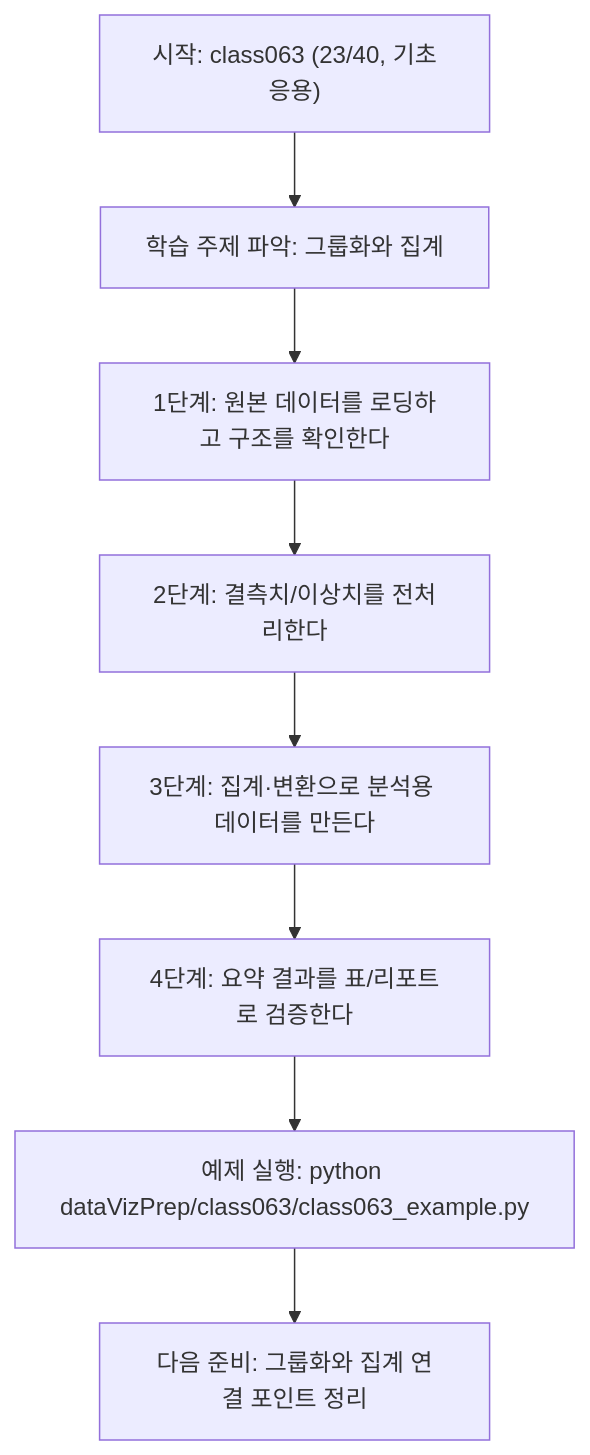
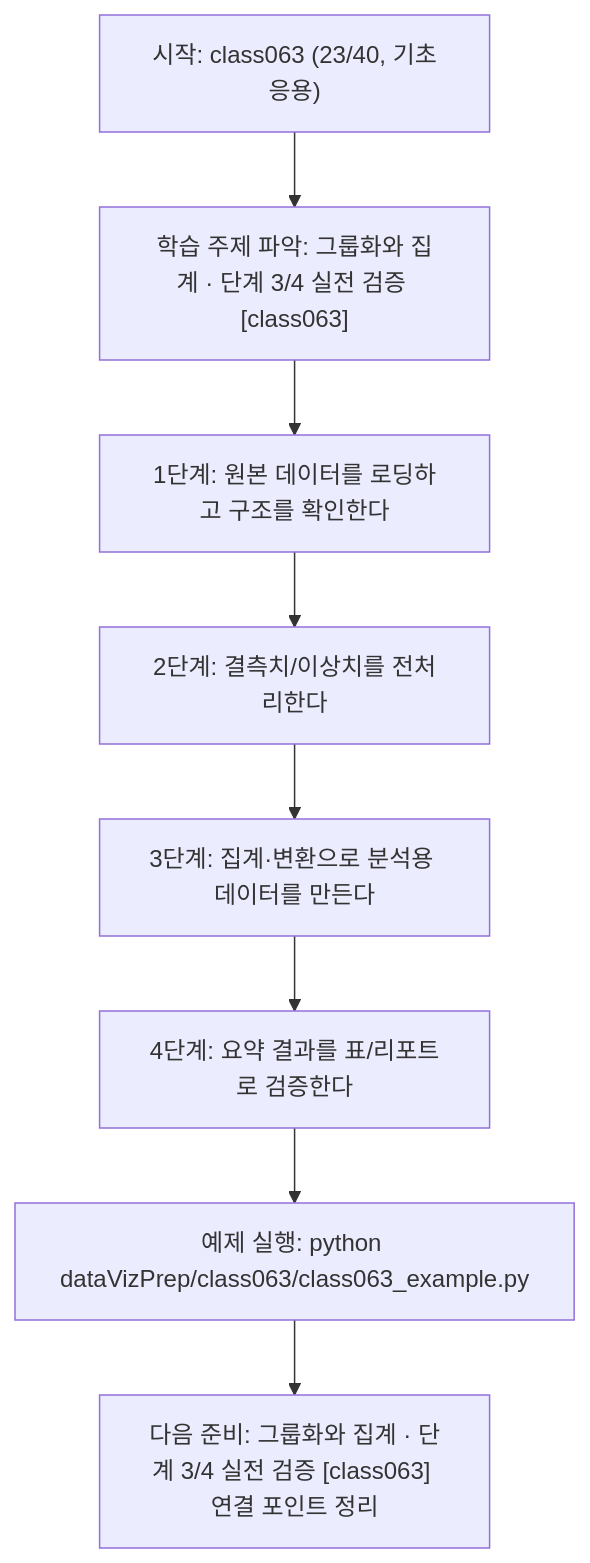
Before and after one commit to edumgt/Python-AI_Agent-Class: the diagram in dataVizPrep/class063/class063.md, drawn with Mermaid. The commit also changed other lines of this file and 522 other files, not shown here.

````diff
--- a/dataVizPrep/class063/class063.md
+++ b/dataVizPrep/class063/class063.md
@@ -109,18 +110,18 @@
 ```mermaid
 flowchart TD
 N1["시작: class063 (23/40, 기초응용)"]
-N2["학습 주제 파악: 그룹화와 집계"]
+N2["학습 주제 파악: 그룹화와 집계 · 단계 3/4 실전 검증 [class063]"]
 N3["1단계: 원본 데이터를 로딩하고 구조를 확인한다"]
 N4["2단계: 결측치/이상치를 전처리한다"]
 N5["3단계: 집계·변환으로 분석용 데이터를 만든다"]
 N6["4단계: 요약 결과를 표/리포트로 검증한다"]
 N7["예제 실행: python dataVizPrep/class063/class063_example.py"]
-N8["다음 준비: 그룹화와 집계 연결 포인트 정리"]
+N8["다음 준비: 그룹화와 집계 · 단계 3/4 실전 검증 [class063] 연결 포인트 정리"]
 N1 --> N2
 N2 --> N3
 N3 --> N4
 N4 --> N5
 N5 --> N6
 N6 --> N7
 N7 --> N8
 ```
````
